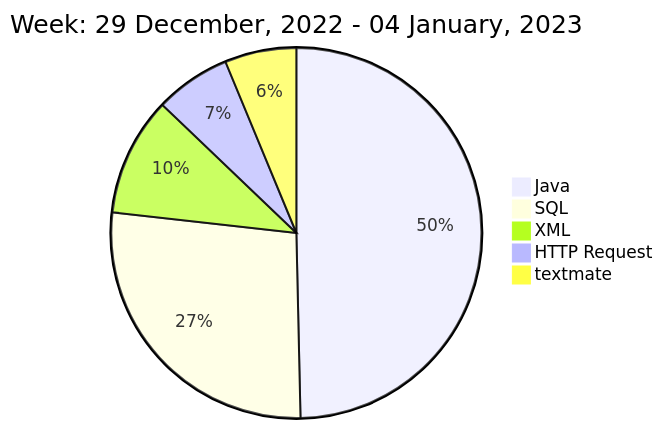
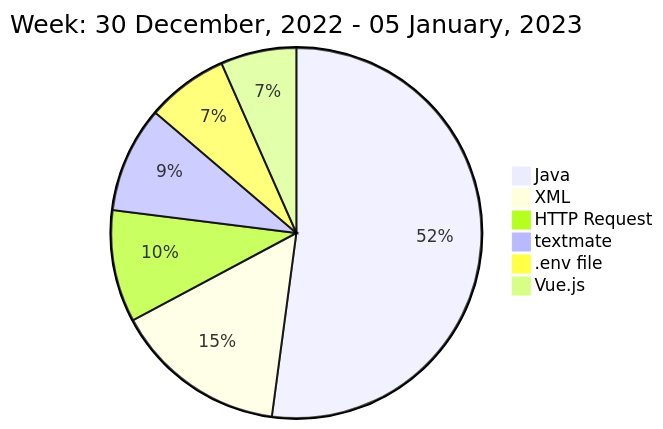
Before and after one commit to liubin95/liubin95: the diagram in README.md, drawn with Mermaid.

Commit message:
Updated the Graph with new Metrics

````diff
--- a/README.md
+++ b/README.md
@@ -40,9 +40,10 @@
 ```mermaid
  pie
-title Week: 29 December, 2022 - 04 January, 2023
- "Java" : 2.78
- "SQL" : 1.52
- "XML" : 0.58
+title Week: 30 December, 2022 - 05 January, 2023
+ "Java" : 1.97
+ "XML" : 0.57
  "HTTP Request" : 0.37
  "textmate" : 0.35
+ ".env file" : 0.27
+ "Vue.js" : 0.25
 ```
````
